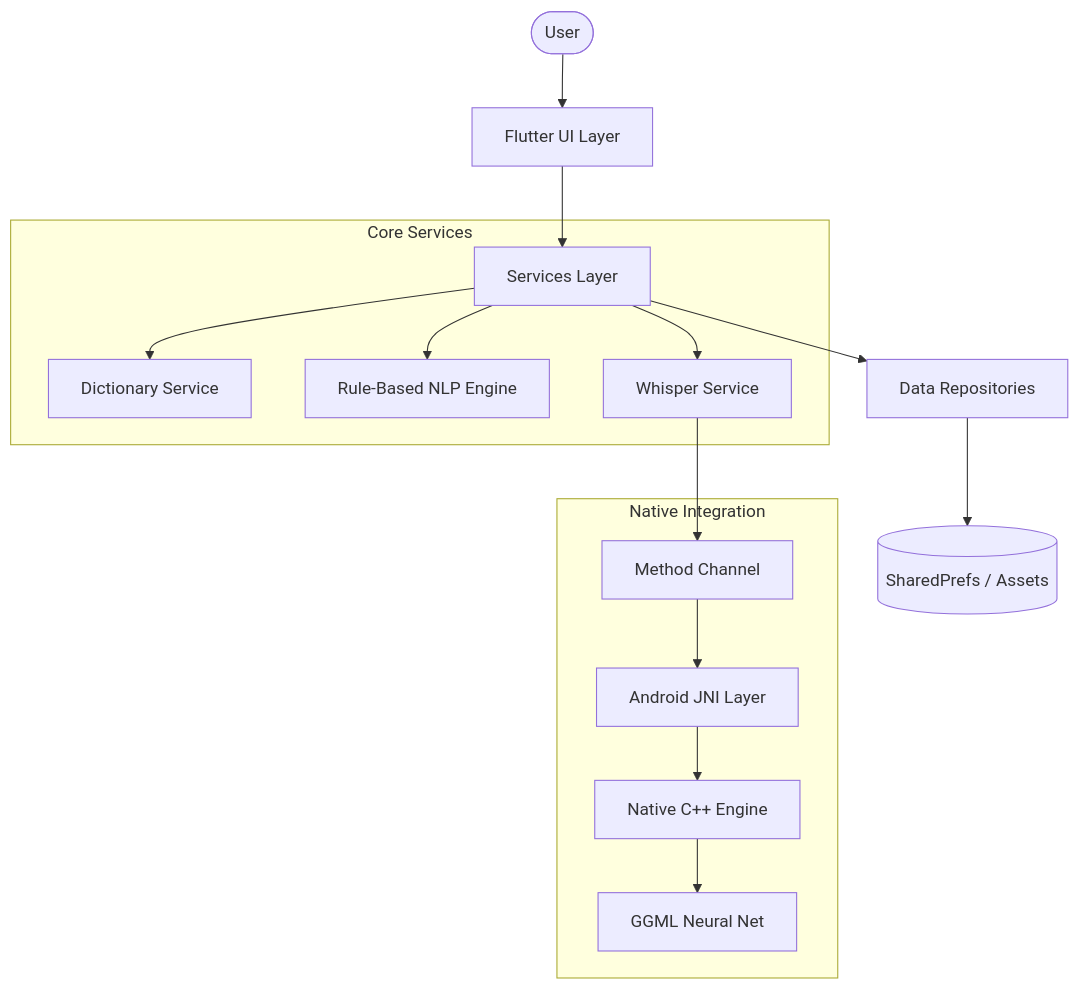
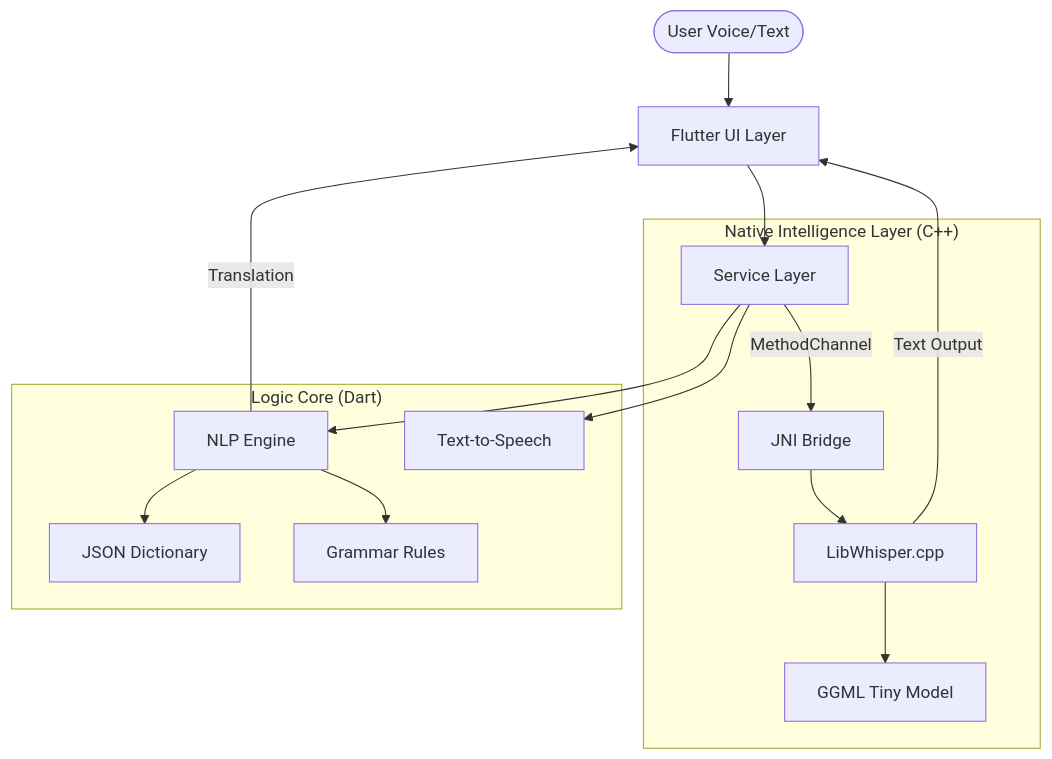
The diagram in README.md (sathiyatskrj/Speechmate), drawn with Mermaid before and after one commit. The commit also changed other lines of this file, not shown here.

````diff
--- a/README.md
+++ b/README.md
@@ -70,21 +106,21 @@
 ```mermaid
 graph TD
-    User([User]) --> UI[Flutter UI Layer]
-    UI --> Logic[Services Layer]
-    Logic --> Repo[Data Repositories]
+    User([User Voice/Text]) --> UI[Flutter UI Layer]
+    UI --> Service[Service Layer]
     
-    subgraph Core Services
-        Logic --> Dict[Dictionary Service]
-        Logic --> NLP[Rule-Based NLP Engine]
-        Logic --> WhisperService[Whisper Service]
+    subgraph "Native Intelligence Layer (C++)"
+        Service --> |MethodChannel| Bridge[JNI Bridge]
+        Bridge --> Whisper[LibWhisper.cpp]
+        Whisper --> Model[GGML Tiny Model]
     end
     
-    subgraph Native Integration
-        WhisperService --> MethodChannel[Method Channel]
-        MethodChannel --> JNI[Android JNI Layer]
-        JNI --> CPP[Native C++ Engine]
-        CPP --> Model[GGML Neural Net]
+    subgraph "Logic Core (Dart)"
+        Service --> NLP[NLP Engine]
+        NLP --> Dict[JSON Dictionary]
+        NLP --> Grammar[Grammar Rules]
+        Service --> TTS[Text-to-Speech]
     end
     
-    Repo --> LocalDB[(SharedPrefs / Assets)]
+    Whisper --> |Text Output| UI
+    NLP --> |Translation| UI
 ```
````
